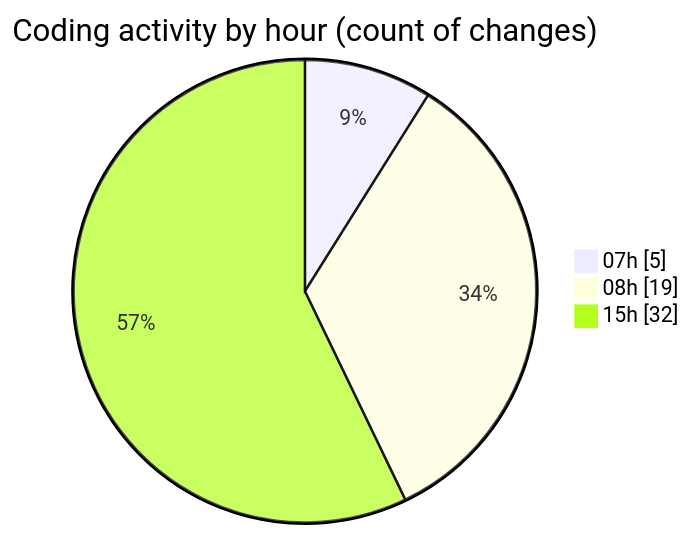
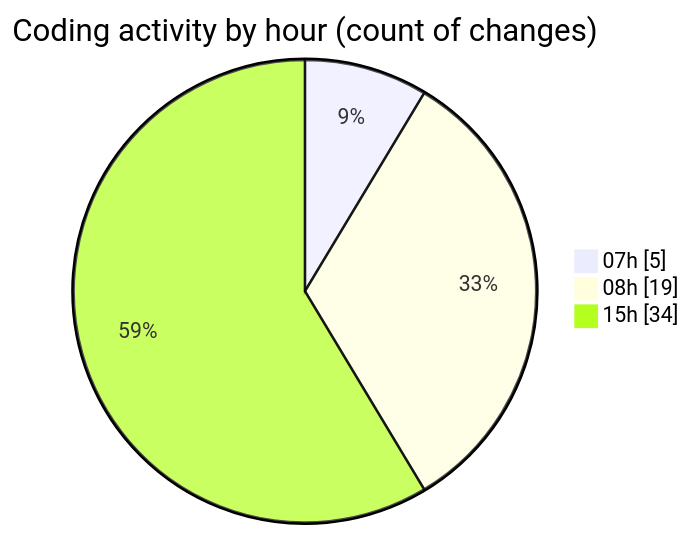
One commit to robertbonfada/code-tracking changed the second of 2 diagrams in 2025-02-07/mbc-web/README.md. Above: the diagram before and after it, drawn with Mermaid. The commit also changed other lines of this file and 1 other file, not shown here.

````diff
--- a/2025-02-07/mbc-web/README.md
+++ b/2025-02-07/mbc-web/README.md
@@ -37,7 +37,7 @@
 ```mermaid
 pie showData
 title Coding activity by hour (count of changes)
 "07h" : 5
 "08h" : 19
-"15h" : 32
+"15h" : 34
 ```
````
